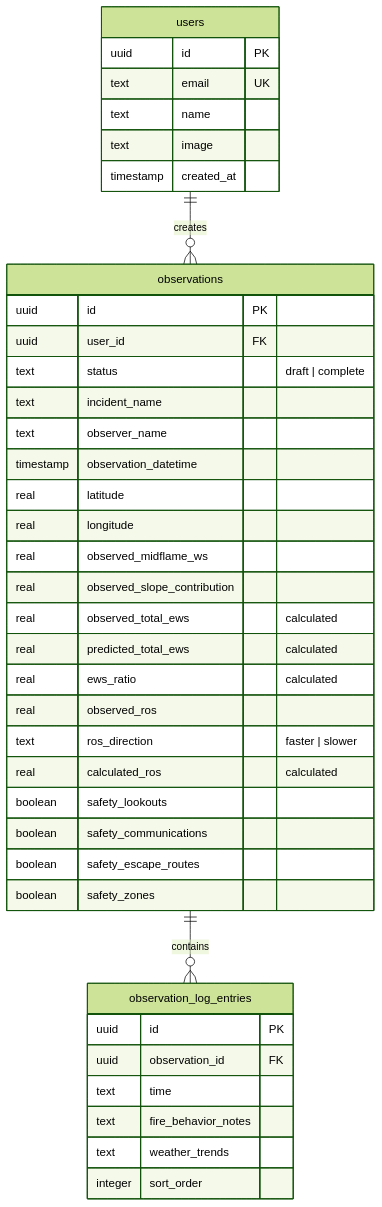
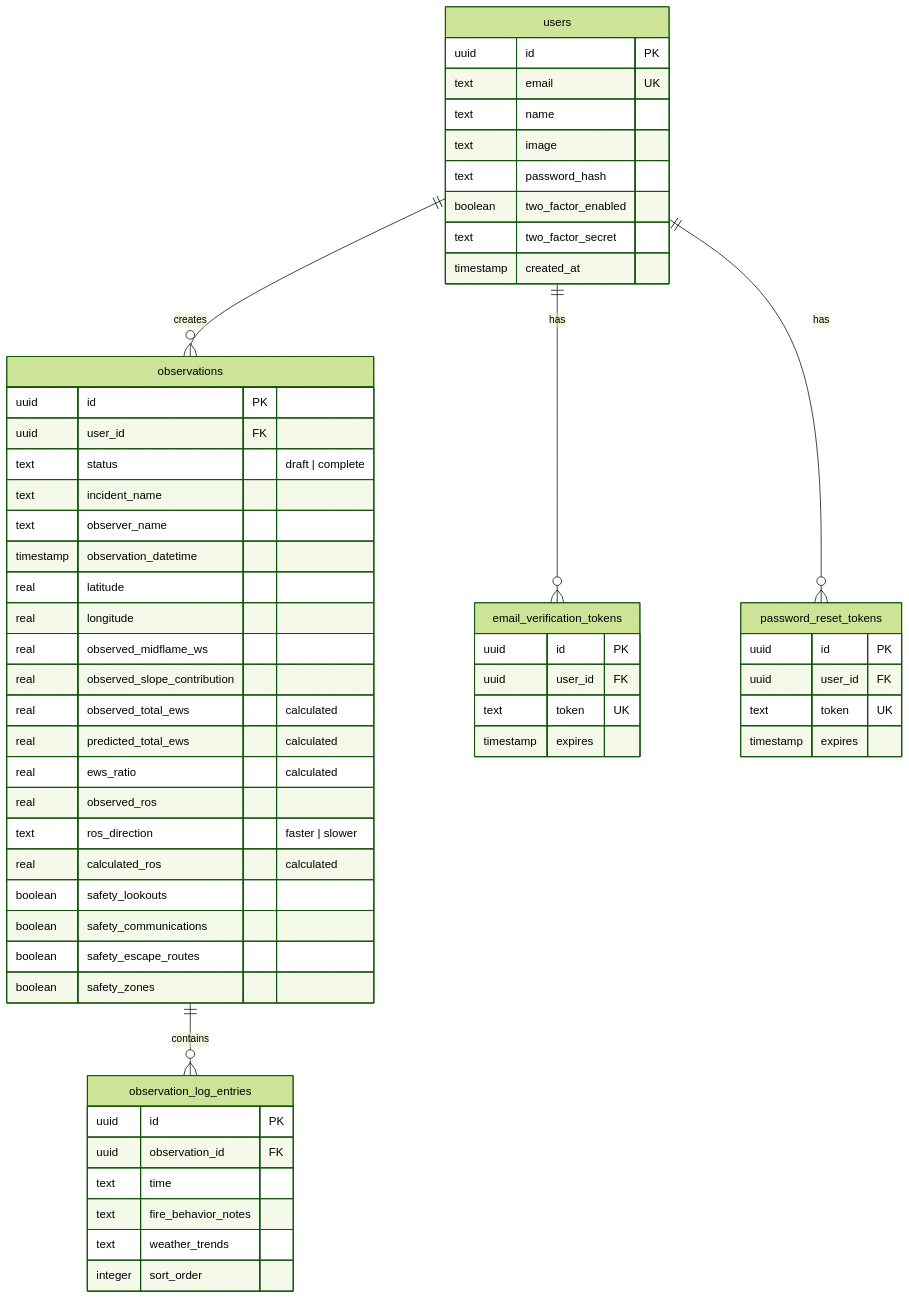
One commit to bgorzelic/firevector changed the third of 3 diagrams in README.md. Above: the diagram before and after it, drawn with Mermaid (forest theme). The commit also changed other lines of this file and 2 other files, not shown here.

````diff
--- a/README.md
+++ b/README.md
@@ -99,42 +108,59 @@
 ```mermaid
 erDiagram
     users {
         uuid id PK
         text email UK
         text name
         text image
+        text password_hash
+        boolean two_factor_enabled
+        text two_factor_secret
         timestamp created_at
     }
     observations {
         uuid id PK
         uuid user_id FK
         text status "draft | complete"
         text incident_name
         text observer_name
         timestamp observation_datetime
         real latitude
         real longitude
         real observed_midflame_ws
         real observed_slope_contribution
         real observed_total_ews "calculated"
         real predicted_total_ews "calculated"
         real ews_ratio "calculated"
         real observed_ros
         text ros_direction "faster | slower"
         real calculated_ros "calculated"
         boolean safety_lookouts
         boolean safety_communications
         boolean safety_escape_routes
         boolean safety_zones
     }
     observation_log_entries {
         uuid id PK
         uuid observation_id FK
         text time
         text fire_behavior_notes
         text weather_trends
         integer sort_order
     }
+    email_verification_tokens {
+        uuid id PK
+        uuid user_id FK
+        text token UK
+        timestamp expires
+    }
+    password_reset_tokens {
+        uuid id PK
+        uuid user_id FK
+        text token UK
+        timestamp expires
+    }
     users ||--o{ observations : "creates"
+    users ||--o{ email_verification_tokens : "has"
+    users ||--o{ password_reset_tokens : "has"
     observations ||--o{ observation_log_entries : "contains"
 ```
````
